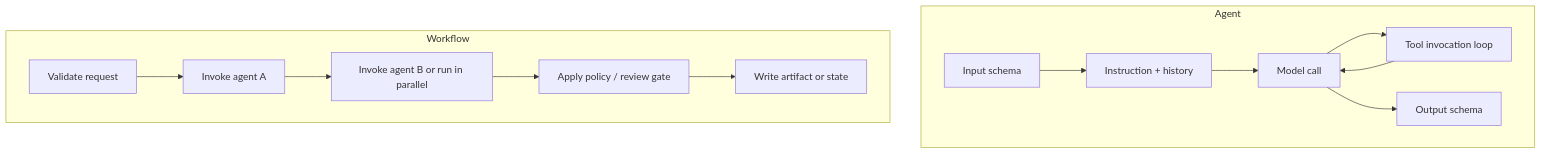
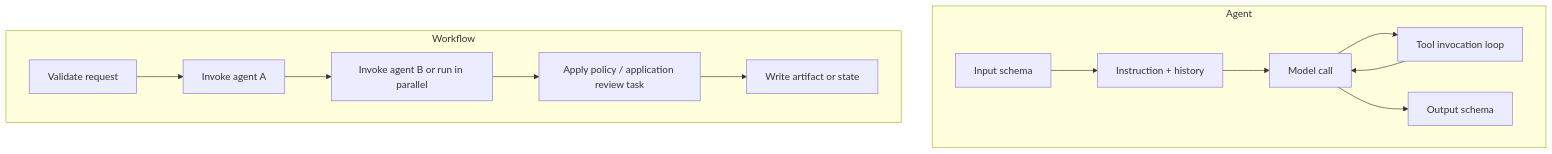
The second of 5 diagrams in docs/concepts/architecture.md (puristajs/harness), drawn with Mermaid before and after one commit. The commit also changed 11 other files, not shown here.

Commit message:
docs(governance): clarify application-owned review tasks

````diff
--- a/docs/concepts/architecture.md
+++ b/docs/concepts/architecture.md
@@ -72,21 +72,21 @@
 ```mermaid
 flowchart TB
   subgraph Agent["Agent"]
     A1["Input schema"]
     A2["Instruction + history"]
     A3["Model call"]
     A4["Tool invocation loop"]
     A5["Output schema"]
     A1 --> A2 --> A3 --> A4 --> A3
     A3 --> A5
   end
 
   subgraph Workflow["Workflow"]
     W1["Validate request"]
     W2["Invoke agent A"]
     W3["Invoke agent B or run in parallel"]
-    W4["Apply policy / review gate"]
+    W4["Apply policy / application review task"]
     W5["Write artifact or state"]
     W1 --> W2 --> W3 --> W4 --> W5
   end
 ```
````
